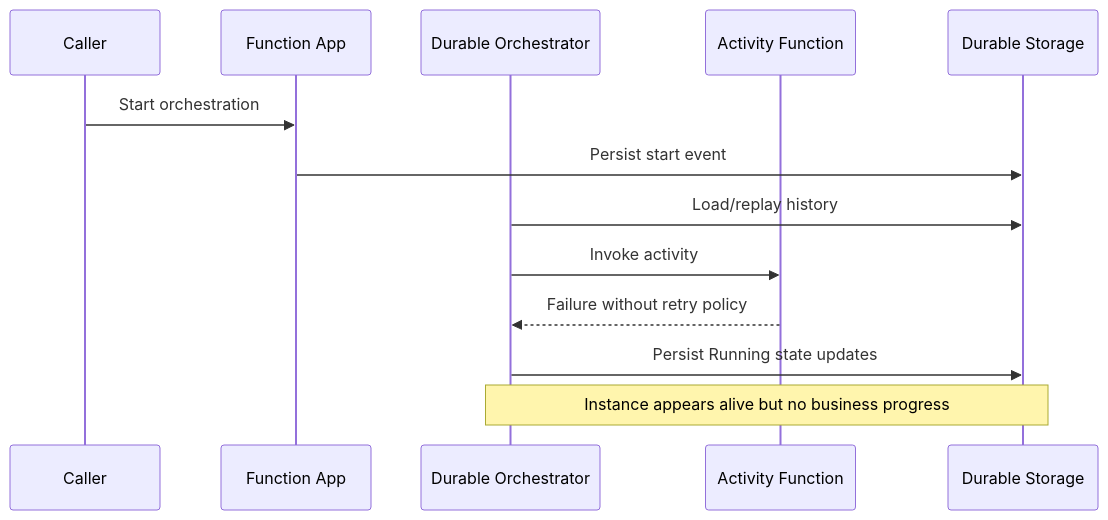
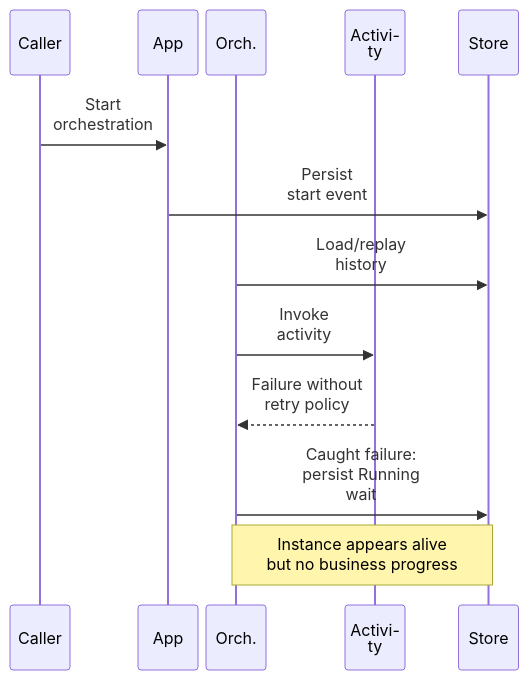
The third of 4 diagrams in docs/troubleshooting/playbooks/scaling/durable-orchestration-stuck.md (yeongseon/azure-functions-practical-guide), drawn with Mermaid before and after one commit. The commit also changed other lines of this file and 2 other files, not shown here.

First line of the commit message:
docs(diagrams): migrate Functions playbooks scaling — durable orchestration stuck and out of memory worker crash (#449)

````diff
--- a/docs/troubleshooting/playbooks/scaling/durable-orchestration-stuck.md
+++ b/docs/troubleshooting/playbooks/scaling/durable-orchestration-stuck.md
@@ -135,15 +158,18 @@
 ```mermaid
+%%{init: {'sequence': {'diagramMarginX': 4, 'actorMargin': 8, 'width': 60, 'wrap': true, 'messageMargin': 30}}}%%
 sequenceDiagram
+    accTitle: Caught activity failure followed by an application wait
+    accDescr: Illustrative logical sequence retaining caller, app, orchestrator, activity and storage roles. A caught activity failure is followed by an application wait with Running state, not an automatic consequence of missing retries.
     participant Client as Caller
-    participant Func as Function App
-    participant Orchestrator as Durable Orchestrator
-    participant Activity as Activity Function
-    participant Store as Durable Storage
-    Client->>Func: Start orchestration
-    Func->>Store: Persist start event
-    Orchestrator->>Store: Load/replay history
-    Orchestrator->>Activity: Invoke activity
-    Activity-->>Orchestrator: Failure without retry policy
-    Orchestrator->>Store: Persist Running state updates
-    Note over Orchestrator,Store: Instance appears alive but no business progress
+    participant Func as App
+    participant Orchestrator as Orch.
+    participant Activity as Activity
+    participant Store as Store
+    Client->>Func: Start<br/>orchestration
+    Func->>Store: Persist<br/>start event
+    Orchestrator->>Store: Load/replay<br/>history
+    Orchestrator->>Activity: Invoke<br/>activity
+    Activity-->>Orchestrator: Failure without<br/>retry policy
+    Orchestrator->>Store: Caught failure:<br/>persist Running<br/>wait
+    Note over Orchestrator,Store: Instance appears alive<br/>but no business progress
 ```
````
